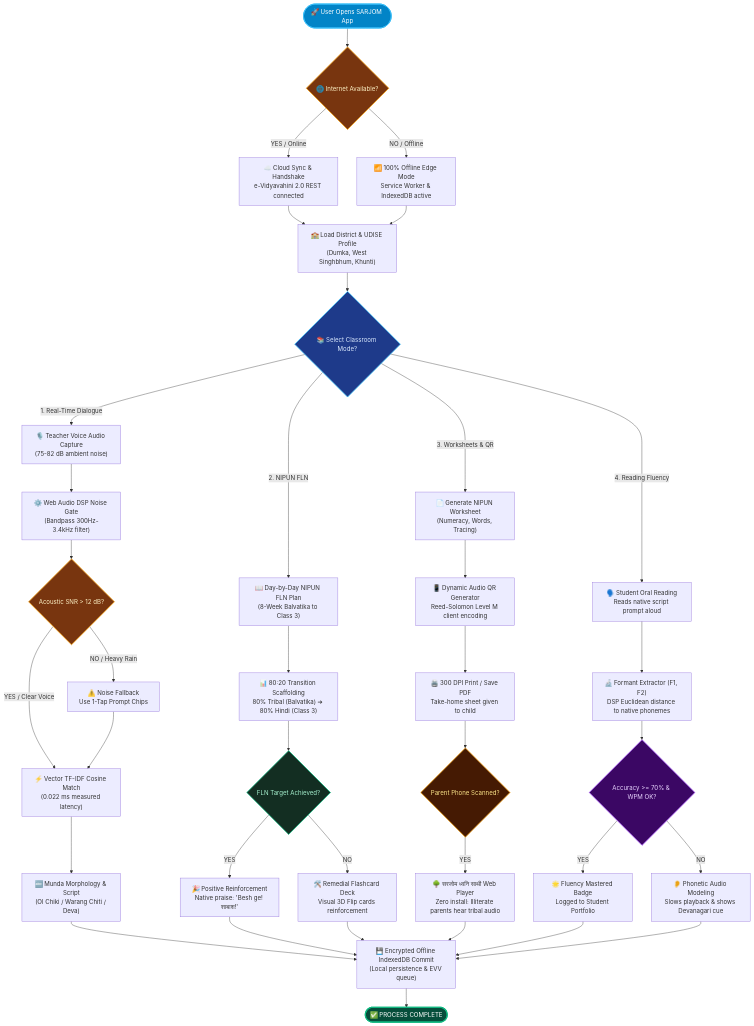
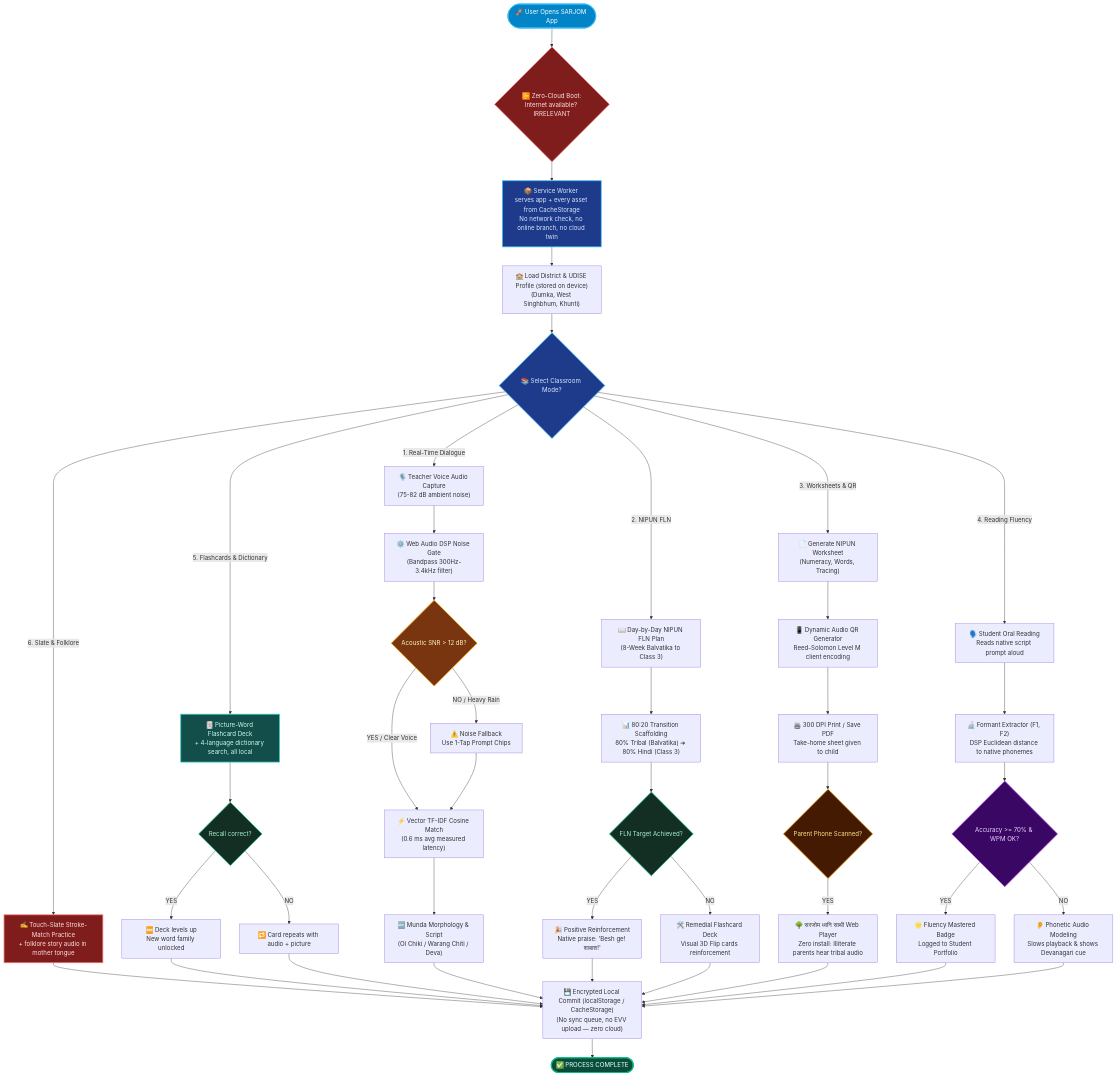
The second of 2 diagrams in TECHNICAL_APPROACH.md (tejuas98/sarjom-app), drawn with Mermaid before and after one commit. The commit also changed other lines of this file and 20 other files, not shown here.

Commit message:
Zero-cloud flowchart regenerated (SVG+PNG, no internet branch, honest 5.8 MB RAM budget strip); mermaid + prose de-clouded in SYSTEM_ARCHITECTURE/TECHNICAL_APPROACH/PROTOTYPE_README; 34 MB & 0.022 ms myths purged repo-wide

````diff
--- a/TECHNICAL_APPROACH.md
+++ b/TECHNICAL_APPROACH.md
@@ -152,63 +152,78 @@
 ```mermaid
 flowchart TD
-    Start(["🚀 User Opens SARJOM App"]) --> CheckNet{"🌐 Internet Available?"}
+    Start(["🚀 User Opens SARJOM App"]) --> Boot{"📴 Zero-Cloud Boot:\nInternet available? IRRELEVANT"}
+    Boot --> BootSW
     
     %% Level 1: Connectivity
-    CheckNet -->|YES / Online| CloudSync["☁️ Cloud Sync & Handshake\ne-Vidyavahini 2.0 REST connected"]
-    CheckNet -->|NO / Offline| OfflineEdge["📶 100% Offline Edge Mode\nService Worker & IndexedDB active"]
-    
-    CloudSync --> LoadProfile["🏫 Load District & UDISE Profile\n(Dumka, West Singhbhum, Khunti)"]
-    OfflineEdge --> LoadProfile
+    BootSW["📦 Service Worker serves app + every asset from CacheStorage\nNo network check, no online branch, no cloud twin"]
+    BootSW --> LoadProfile["🏫 Load District & UDISE Profile (stored on device)\n(Dumka, West Singhbhum, Khunti)"]
     
     %% Level 2: Mode Selection
     LoadProfile --> ModeSelect{"📚 Select Classroom Mode?"}
     
     %% Branch 1: Real-Time Dialogue
     ModeSelect -->|1. Real-Time Dialogue| MicCap["🎙️ Teacher Voice Audio Capture\n(75-82 dB ambient noise)"]
     MicCap --> DSPGate["⚙️ Web Audio DSP Noise Gate\n(Bandpass 300Hz-3.4kHz filter)"]
     DSPGate --> CheckSNR{"Acoustic SNR > 12 dB?"}
     CheckSNR -->|NO / Heavy Rain| NoiseFallback["⚠️ Noise Fallback\nUse 1-Tap Prompt Chips"]
-    CheckSNR -->|YES / Clear Voice| VectorMatch["⚡ Vector TF-IDF Cosine Match\n(0.022 ms measured latency)"]
+    CheckSNR -->|YES / Clear Voice| VectorMatch["⚡ Vector TF-IDF Cosine Match\n(0.6 ms avg measured latency)"]
     NoiseFallback --> VectorMatch
     VectorMatch --> MundaTrans["🔤 Munda Morphology & Script\n(Ol Chiki / Warang Chiti / Deva)"]
     
     %% Branch 2: NIPUN FLN
     ModeSelect -->|2. NIPUN FLN| FLNPlan["📖 Day-by-Day NIPUN FLN Plan\n(8-Week Balvatika to Class 3)"]
     FLNPlan --> Scaffold["📊 80:20 Transition Scaffolding\n80% Tribal (Balvatika) ➔ 80% Hindi (Class 3)"]
     Scaffold --> CheckFLN{"FLN Target Achieved?"}
     CheckFLN -->|YES| Praise["🎉 Positive Reinforcement\nNative praise: 'Besh ge! शाबाश!'"]
     CheckFLN -->|NO| Remedial["🛠️ Remedial Flashcard Deck\nVisual 3D Flip cards reinforcement"]
     
     %% Branch 3: Worksheets & QR
     ModeSelect -->|3. Worksheets & QR| GenSheet["📄 Generate NIPUN Worksheet\n(Numeracy, Words, Tracing)"]
     GenSheet --> QRGen["📱 Dynamic Audio QR Generator\nReed-Solomon Level M client encoding"]
     QRGen --> PrintDoc["🖨️ 300 DPI Print / Save PDF\nTake-home sheet given to child"]
     PrintDoc --> CheckScan{"Parent Phone Scanned?"}
     CheckScan -->|YES| AudioComp["🌳 सरजोम ध्वनि साथी Web Player\nZero install: Illiterate parents hear tribal audio"]
     
     %% Branch 4: ORF Reading Fluency
     ModeSelect -->|4. Reading Fluency| StudentRead["🗣️ Student Oral Reading\nReads native script prompt aloud"]
     StudentRead --> Formant["🔬 Formant Extractor (F1, F2)\nDSP Euclidean distance to native phonemes"]
     Formant --> CheckORF{"Accuracy >= 70% & WPM OK?"}
     CheckORF -->|YES| FluencyPass["🌟 Fluency Mastered Badge\nLogged to Student Portfolio"]
     CheckORF -->|NO| PhoneGuide["👂 Phonetic Audio Modeling\nSlows playback & shows Devanagari cue"]
     
+
+    %% Branch 5: Flashcards & Dictionary
+    ModeSelect -->|5. Flashcards & Dictionary| Flash["🃏 Picture-Word Flashcard Deck\n+ 4-language dictionary search, all local"]
+    Flash --> CheckRecall{"Recall correct?"}
+    CheckRecall -->|YES| DeckUp["⏭️ Deck levels up\nNew word family unlocked"]
+    CheckRecall -->|NO| CardRepeat["🔁 Card repeats with audio + picture"]
+
+    %% Branch 6: Slate, Folklore & Teacher Tools
+    ModeSelect -->|6. Slate & Folklore| Slate["✍️ Touch-Slate Stroke-Match Practice\n+ folklore story audio in mother tongue"]
+    Slate --> DBCommit
+    DeckUp --> DBCommit
+    CardRepeat --> DBCommit
+    
     %% Convergence to Persistence
-    MundaTrans --> DBCommit["💾 Encrypted Offline IndexedDB Commit\n(Local persistence & EVV queue)"]
+    MundaTrans --> DBCommit["💾 Encrypted Local Commit (localStorage / CacheStorage)\n(No sync queue, no EVV upload — zero cloud)"]
     Praise --> DBCommit
     Remedial --> DBCommit
     AudioComp --> DBCommit
     FluencyPass --> DBCommit
     PhoneGuide --> DBCommit
     
     DBCommit --> Done(["✅ PROCESS COMPLETE"])
 
     style Start fill:#0284C7,stroke:#38BDF8,stroke-width:2px,color:#FFFFFF
-    style CheckNet fill:#78350F,stroke:#F59E0B,stroke-width:2px,color:#FEF3C7
+    style Boot fill:#7F1D1D,stroke:#F87171,stroke-width:2px,color:#FEE2E2
+    style BootSW fill:#1E3A8A,stroke:#38BDF8,stroke-width:2px,color:#DBEAFE
+    style CheckRecall fill:#132E22,stroke:#10B981,stroke-width:2px,color:#A7F3D0
+    style Flash fill:#134E4A,stroke:#2DD4BF,stroke-width:2px,color:#CCFBF1
+    style Slate fill:#7F1D1D,stroke:#F87171,stroke-width:2px,color:#FEE2E2
     style ModeSelect fill:#1E3A8A,stroke:#38BDF8,stroke-width:2px,color:#DBEAFE
     style CheckSNR fill:#78350F,stroke:#F59E0B,stroke-width:2px,color:#FEF3C7
     style CheckFLN fill:#132E22,stroke:#10B981,stroke-width:2px,color:#A7F3D0
     style CheckScan fill:#451A03,stroke:#F59E0B,stroke-width:2px,color:#FDE68A
     style CheckORF fill:#3B0764,stroke:#A855F7,stroke-width:2px,color:#E9D5FF
     style Done fill:#064E3B,stroke:#10B981,stroke-width:3px,color:#FFFFFF
 ```
````
